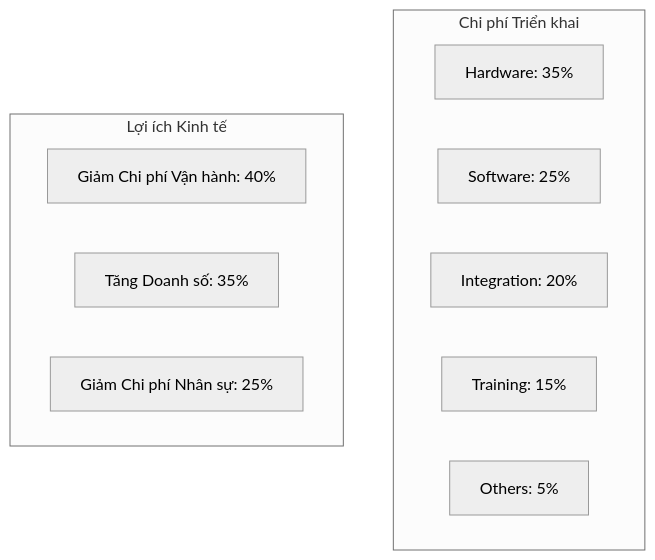
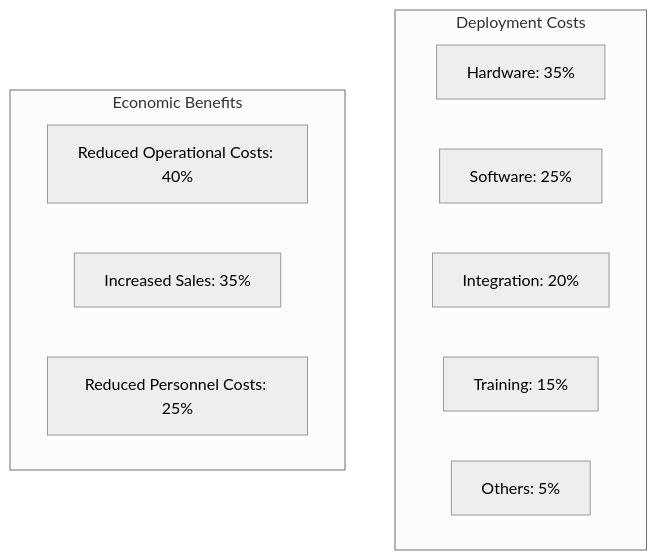
Diagram 13 of 16 in document_english_version/final_report.md (Luisnguyen1/SenEdge), drawn with Mermaid (neutral theme) before and after one commit. The commit also changed other lines of this file, not shown here.

````diff
--- a/document_english_version/final_report.md
+++ b/document_english_version/final_report.md
@@ -515,16 +516,16 @@
 ```mermaid
 graph TB
-    subgraph "Chi phí Triển khai"
+    subgraph "Deployment Costs"
         A[Hardware: 35%]
         B[Software: 25%]
         C[Integration: 20%]
         D[Training: 15%]
         E[Others: 5%]
     end
-    
-    subgraph "Lợi ích Kinh tế"
-        F[Giảm Chi phí Vận hành: 40%]
-        G[Tăng Doanh số: 35%]
-        H[Giảm Chi phí Nhân sự: 25%]
+
+    subgraph "Economic Benefits"
+        F[Reduced Operational Costs: 40%]
+        G[Increased Sales: 35%]
+        H[Reduced Personnel Costs: 25%]
     end
 ```
````
